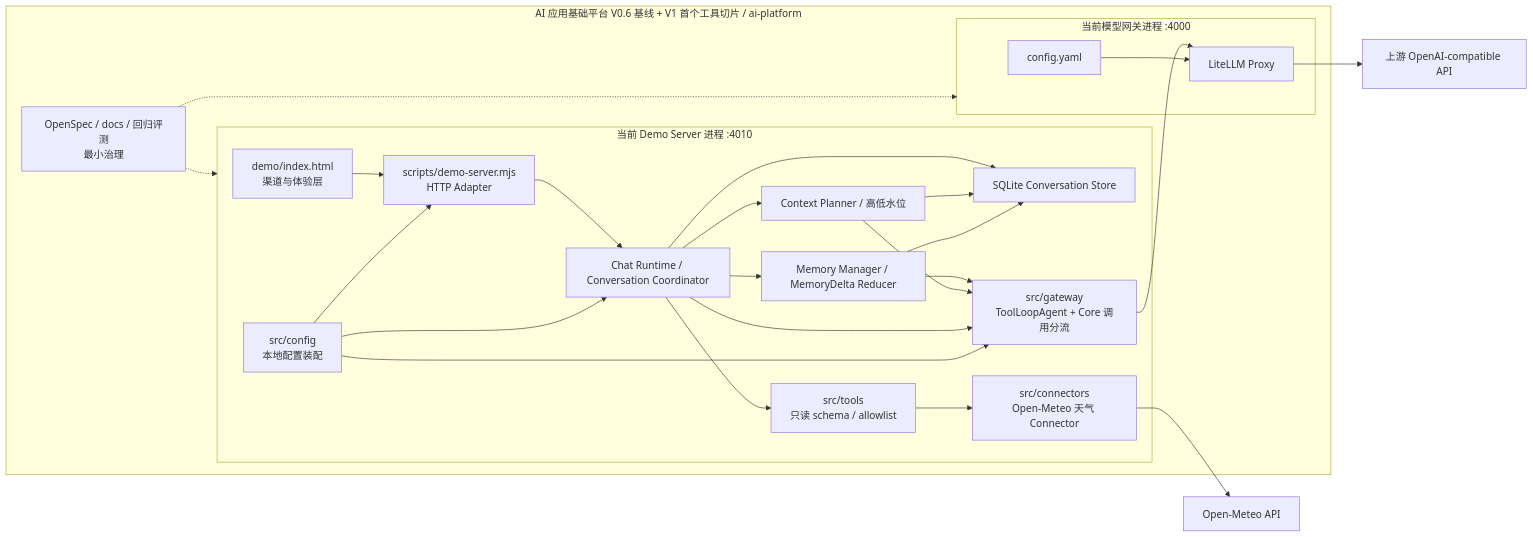
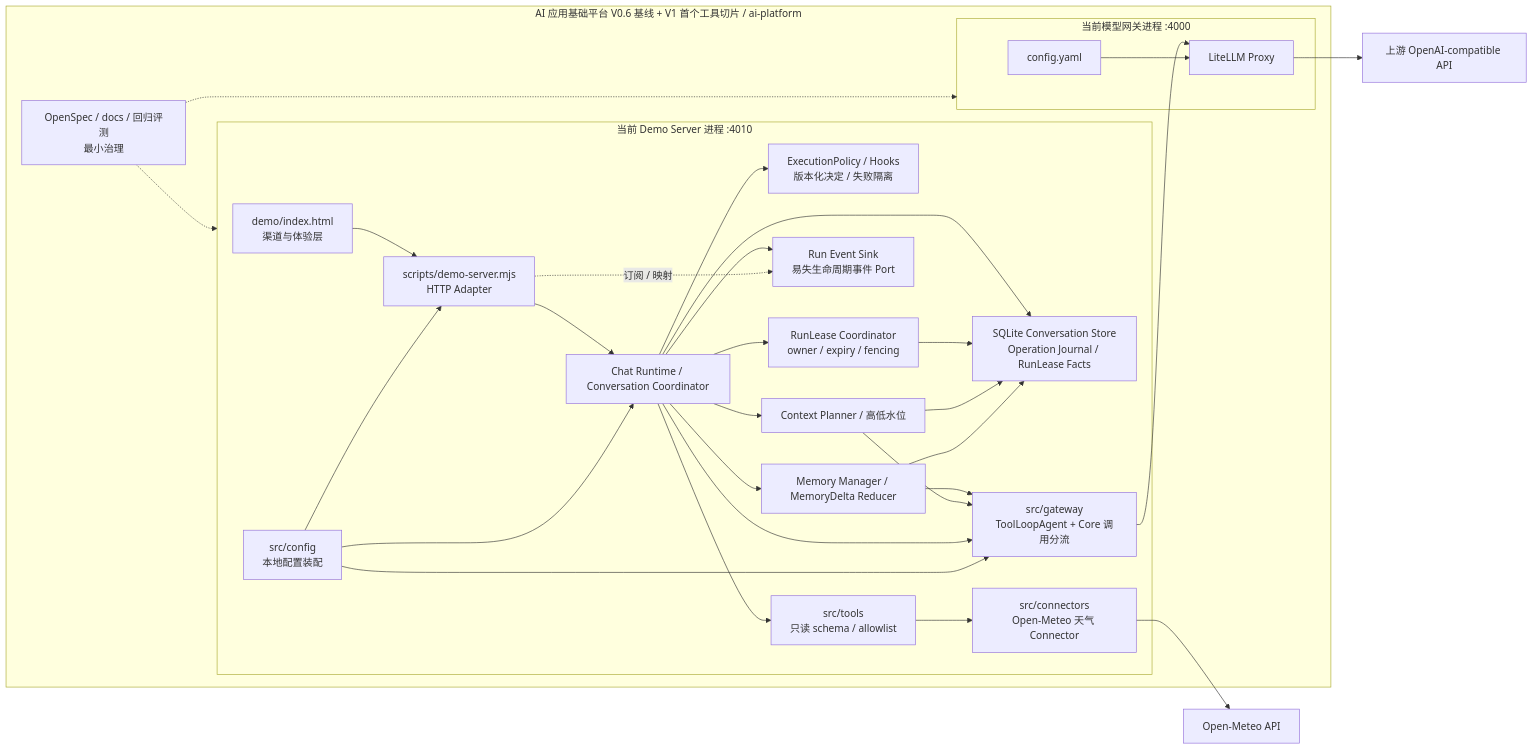
The second of 2 diagrams in docs/ai-structure.md (leidaibo-lab/ai-platform), drawn with Mermaid before and after one commit. The commit also changed other lines of this file and 35 other files, not shown here.

````diff
--- a/docs/ai-structure.md
+++ b/docs/ai-structure.md
@@ -250,48 +253,56 @@
 ```mermaid
 flowchart LR
   subgraph CurrentPlatform["AI 应用基础平台 V0.6 基线 + V1 首个工具切片 / ai-platform"]
     subgraph CurrentProcess["当前 Demo Server 进程 :4010"]
       DemoUi["demo/index.html<br/>渠道与体验层"]
       HttpAdapter["scripts/demo-server.mjs<br/>HTTP Adapter"]
       RuntimeCode["Chat Runtime / Conversation Coordinator"]
+      ExecutionPolicy["ExecutionPolicy / Hooks<br/>版本化决定 / 失败隔离"]
+      RunLease["RunLease Coordinator<br/>owner / expiry / fencing"]
+      RunEventSink["Run Event Sink<br/>易失生命周期事件 Port"]
       ContextPlanner["Context Planner / 高低水位"]
       MemoryManager["Memory Manager / MemoryDelta Reducer"]
-      ConversationStore["SQLite Conversation Store"]
+      ConversationStore["SQLite Conversation Store<br/>Operation Journal / RunLease Facts"]
       ToolRegistry["src/tools<br/>只读 schema / allowlist"]
       WeatherConnector["src/connectors<br/>Open-Meteo 天气 Connector"]
       GatewayClient["src/gateway<br/>ToolLoopAgent + Core 调用分流"]
       ConfigLoader["src/config<br/>本地配置装配"]
     end
 
     subgraph GatewayProcess["当前模型网关进程 :4000"]
       LiteLLM["LiteLLM Proxy"]
       GatewayConfig["config.yaml"]
     end
 
     Contract["OpenSpec / docs / 回归评测<br/>最小治理"]
   end
 
   Upstream["上游 OpenAI-compatible API"]
 
   DemoUi --> HttpAdapter
   HttpAdapter --> RuntimeCode
+  RuntimeCode --> ExecutionPolicy
+  RuntimeCode --> RunLease
+  RuntimeCode --> RunEventSink
+  HttpAdapter -.->|订阅 / 映射| RunEventSink
   RuntimeCode --> ContextPlanner
   RuntimeCode --> MemoryManager
   RuntimeCode --> ConversationStore
+  RunLease --> ConversationStore
   ContextPlanner --> ConversationStore
   MemoryManager --> ConversationStore
   MemoryManager --> GatewayClient
   ContextPlanner --> GatewayClient
   RuntimeCode --> ToolRegistry
   ToolRegistry --> WeatherConnector
   WeatherConnector --> WeatherApi["Open-Meteo API"]
   RuntimeCode --> GatewayClient
   GatewayClient --> LiteLLM
   GatewayConfig --> LiteLLM
   LiteLLM --> Upstream
   ConfigLoader --> HttpAdapter
   ConfigLoader --> RuntimeCode
   ConfigLoader --> GatewayClient
   Contract -.-> CurrentProcess
   Contract -.-> GatewayProcess
 ```
````
